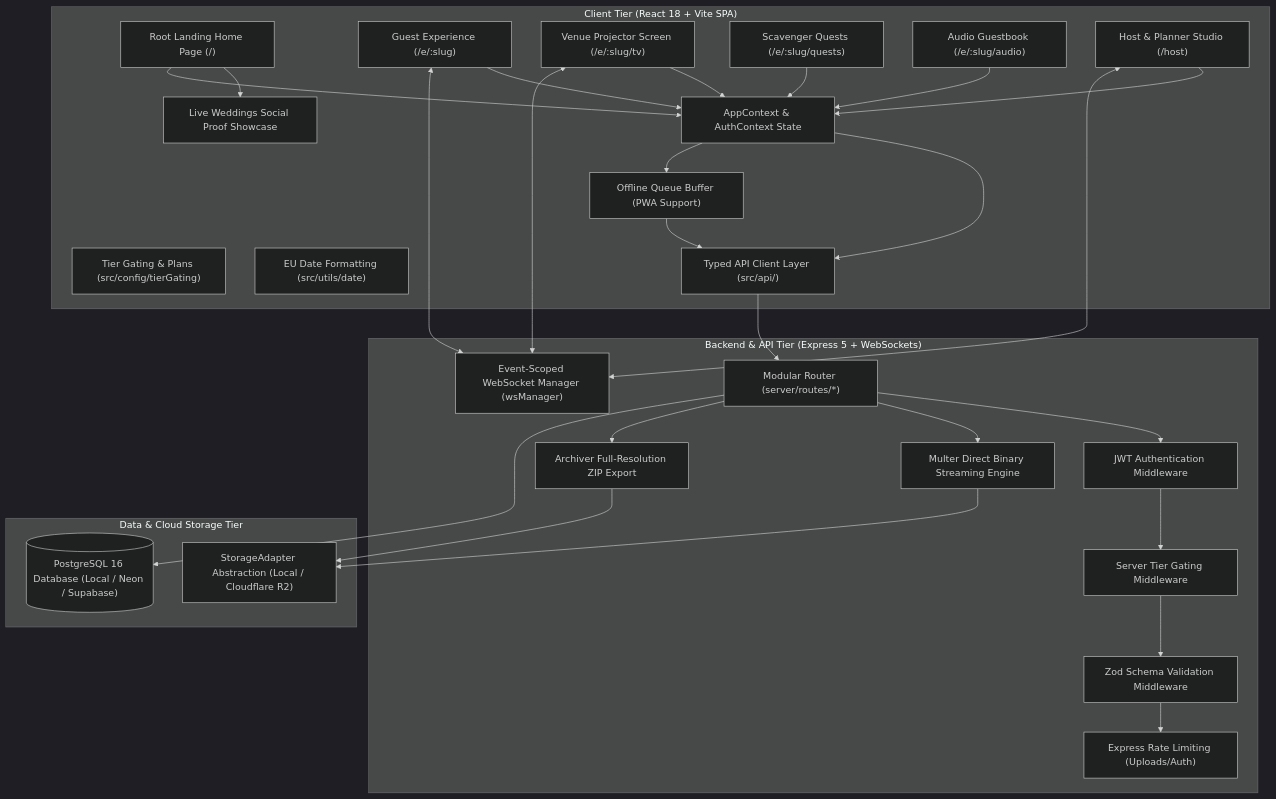
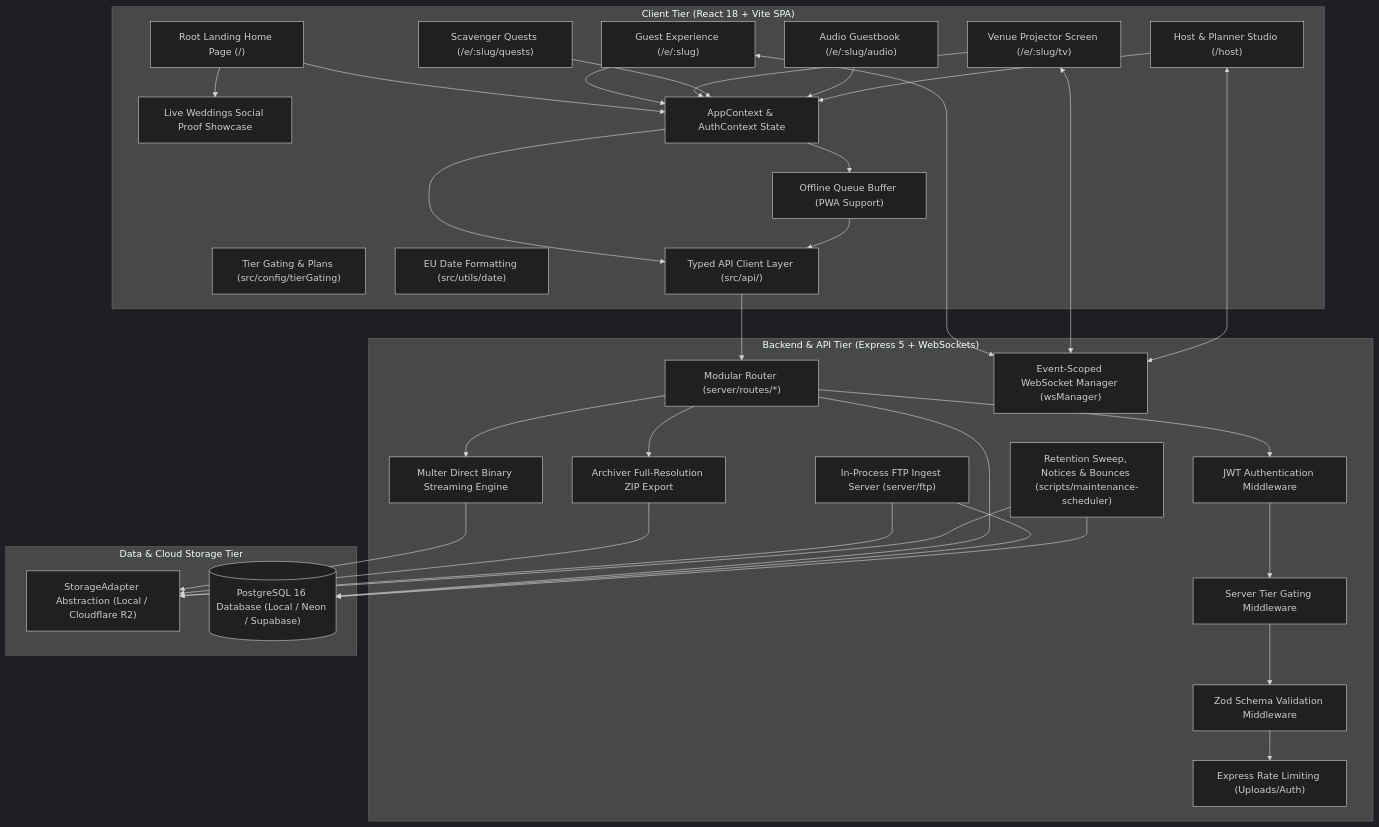
Before and after one commit to Renova69/Momenta: the diagram in docs/ARCHITECTURE.md, drawn with Mermaid (dark theme). The commit also changed other lines of this file and 4 other files, not shown here.

````diff
--- a/docs/ARCHITECTURE.md
+++ b/docs/ARCHITECTURE.md
@@ -5,46 +5,52 @@
 ```mermaid
 graph TD
     subgraph Client Tier ["Client Tier (React 18 + Vite SPA)"]
         LandingPage["Root Landing Home Page (/)"]
         ShowcaseFeed["Live Weddings Social Proof Showcase"]
         GuestView["Guest Experience (/e/:slug)"]
         LiveWall["Venue Projector Screen (/e/:slug/tv)"]
         QuestsView["Scavenger Quests (/e/:slug/quests)"]
         AudioView["Audio Guestbook (/e/:slug/audio)"]
         HostStudio["Host & Planner Studio (/host)"]
         TierGatingEngine["Tier Gating & Plans (src/config/tierGating)"]
         DateFormatter["EU Date Formatting (src/utils/date)"]
         AppContext["AppContext & AuthContext State"]
         ApiClient["Typed API Client Layer (src/api/)"]
         OfflineQueue["Offline Queue Buffer (PWA Support)"]
     end
 
     subgraph Edge & API Tier ["Backend & API Tier (Express 5 + WebSockets)"]
         Router["Modular Router (server/routes/*)"]
         AuthMiddleware["JWT Authentication Middleware"]
         TierGateMiddleware["Server Tier Gating Middleware"]
         ValidateMiddleware["Zod Schema Validation Middleware"]
         RateLimiter["Express Rate Limiting (Uploads/Auth)"]
         WsEngine["Event-Scoped WebSocket Manager (wsManager)"]
         MulterEngine["Multer Direct Binary Streaming Engine"]
         ZipEngine["Archiver Full-Resolution ZIP Export"]
+        FtpServer["In-Process FTP Ingest Server (server/ftp)"]
+        Maintenance["Retention Sweep, Notices & Bounces (scripts/maintenance-scheduler)"]
     end
 
     subgraph Storage & Database Tier ["Data & Cloud Storage Tier"]
         StorageAdapter["StorageAdapter Abstraction (Local / Cloudflare R2)"]
         Postgres[("PostgreSQL 16 Database (Local / Neon / Supabase)")]
     end
 
     LandingPage --> ShowcaseFeed
     LandingPage & GuestView & LiveWall & QuestsView & AudioView & HostStudio --> AppContext
     AppContext --> ApiClient
     AppContext --> OfflineQueue
     ApiClient --> Router
     OfflineQueue --> ApiClient
     GuestView & LiveWall & HostStudio <--> WsEngine
 
     Router --> AuthMiddleware --> TierGateMiddleware --> ValidateMiddleware --> RateLimiter
     Router --> MulterEngine --> StorageAdapter
     Router --> ZipEngine --> StorageAdapter
     Router --> Postgres
+    FtpServer --> StorageAdapter
+    FtpServer --> Postgres
+    Maintenance --> StorageAdapter
+    Maintenance --> Postgres
 ```
````
